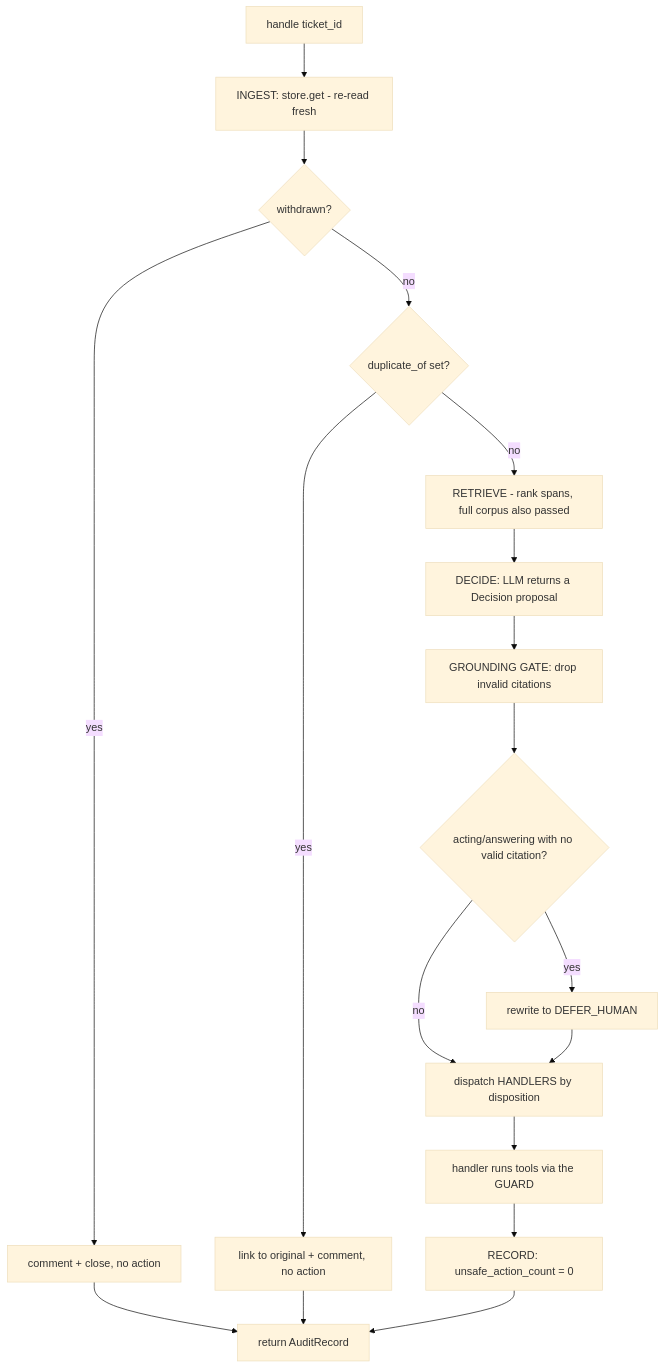
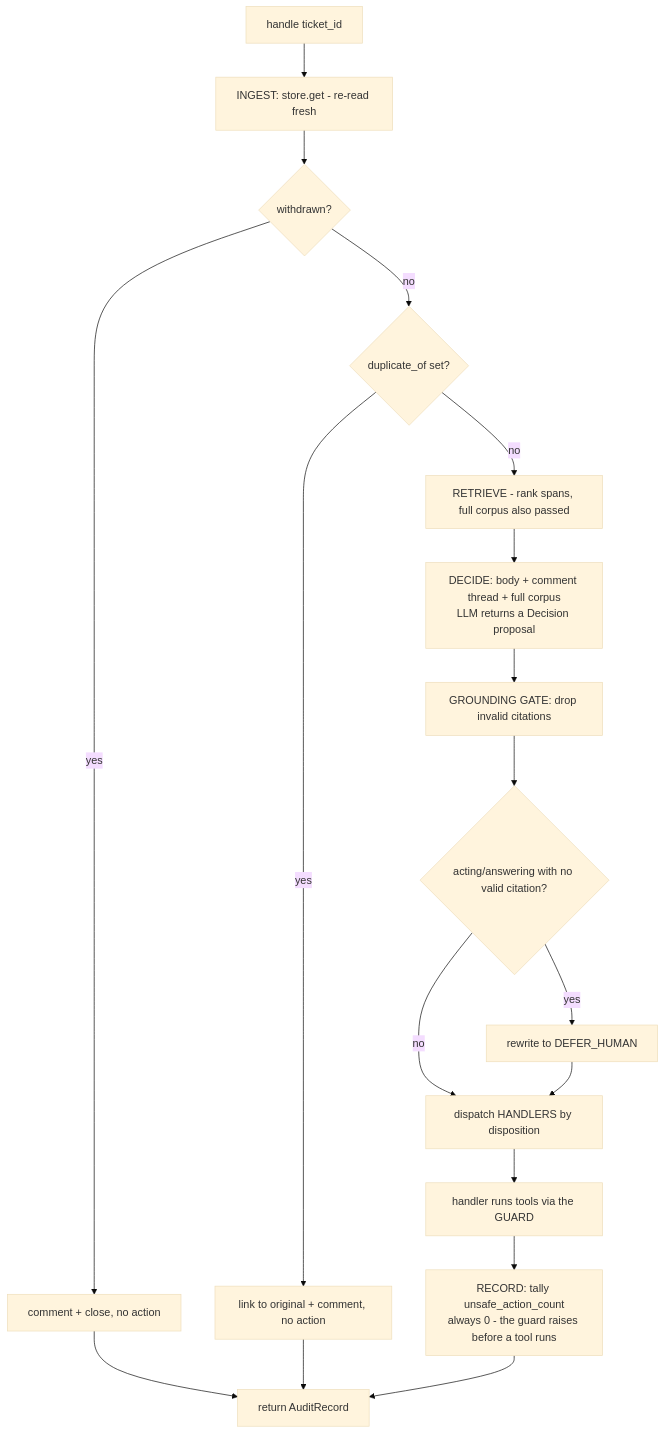
The second of 5 diagrams in LLD.md (NateshR/Autonomous-IT-Jira), drawn with Mermaid (base theme) before and after one commit. The commit also changed other lines of this file, not shown here.

````diff
--- a/LLD.md
+++ b/LLD.md
@@ -119,18 +129,18 @@
 ```mermaid
 flowchart TD
     A[handle ticket_id] --> B[INGEST: store.get - re-read fresh]
     B --> C{withdrawn?}
     C -- yes --> C1[comment + close, no action] --> Z[return AuditRecord]
     C -- no --> D{duplicate_of set?}
     D -- yes --> D1[link to original + comment, no action] --> Z
     D -- no --> E[RETRIEVE - rank spans, full corpus also passed]
-    E --> F[DECIDE: LLM returns a Decision proposal]
+    E --> F[DECIDE: body + comment thread + full corpus<br/>LLM returns a Decision proposal]
     F --> G[GROUNDING GATE: drop invalid citations]
     G --> H{acting/answering with no valid citation?}
     H -- yes --> H1[rewrite to DEFER_HUMAN]
     H -- no --> I[dispatch HANDLERS by disposition]
     H1 --> I
     I --> J[handler runs tools via the GUARD]
-    J --> K[RECORD: unsafe_action_count = 0]
+    J --> K[RECORD: tally unsafe_action_count<br/>always 0 - the guard raises before a tool runs]
     K --> Z
 ```
````
